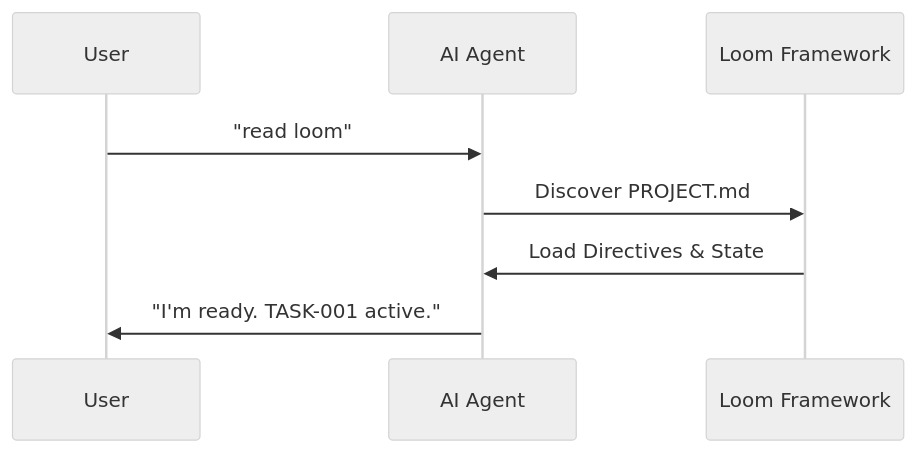
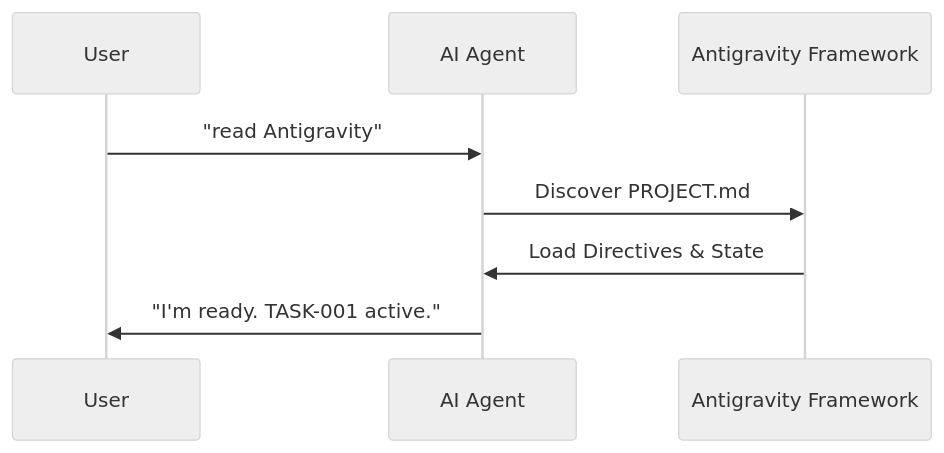
One commit to otto78/loom-framework changed the second of 2 diagrams in README.md. Above: the diagram before and after it, drawn with Mermaid (neutral theme). The commit also changed other lines of this file and 85 other files, not shown here.

````diff
--- a/README.md
+++ b/README.md
@@ -42,10 +42,10 @@
 ```mermaid
 sequenceDiagram
     participant U as User
     participant A as AI Agent
-    participant L as Loom Framework
-    U->>A: "read loom"
+    participant L as Antigravity Framework
+    U->>A: "read Antigravity"
     A->>L: Discover PROJECT.md
     L->>A: Load Directives & State
     A->>U: "I'm ready. TASK-001 active."
 ```
````
